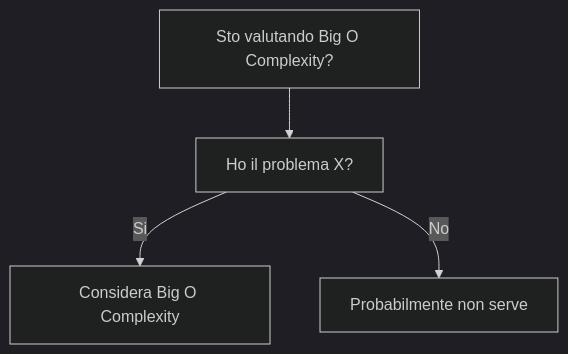
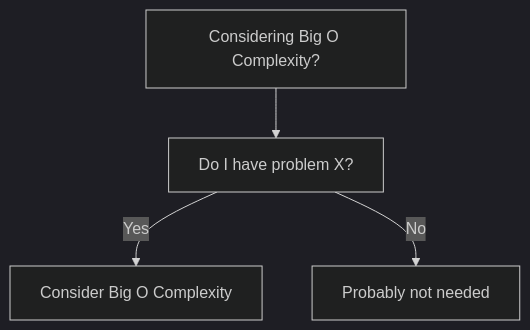
Before and after one commit to HxT9/Software-Dev-Wiki: the diagram in dev-wiki/15_Algorithms_DataStructures/Big_O_Complexity/When_To_Use.md, drawn with Mermaid (dark theme). The commit also changed other lines of this file and 3444 other files, not shown here.

````diff
--- a/dev-wiki/15_Algorithms_DataStructures/Big_O_Complexity/When_To_Use.md
+++ b/dev-wiki/15_Algorithms_DataStructures/Big_O_Complexity/When_To_Use.md
@@ -19,6 +19,6 @@
 ```mermaid
 flowchart TD
-  Q[Sto valutando Big O Complexity?] --> Q1[Ho il problema X?]
-  Q1 -->|Si| OK[Considera Big O Complexity]
-  Q1 -->|No| NO[Probabilmente non serve]
+  Q[Considering Big O Complexity?] --> Q1[Do I have problem X?]
+  Q1 -->|Yes| OK[Consider Big O Complexity]
+  Q1 -->|No| NO[Probably not needed]
 ```
````
